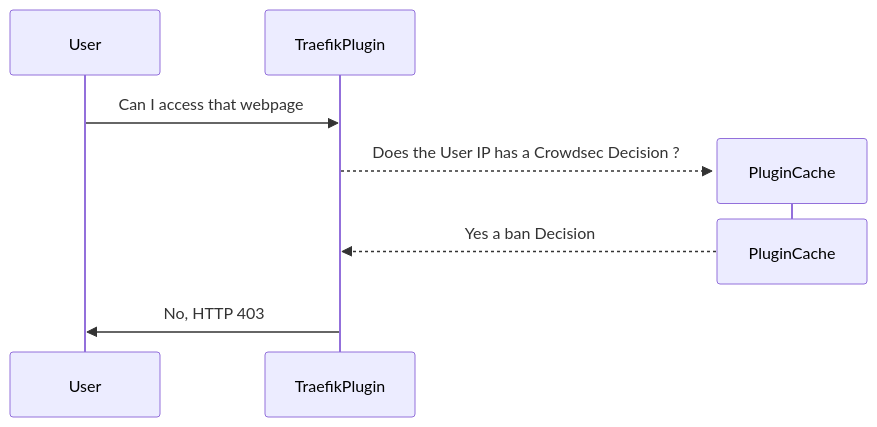
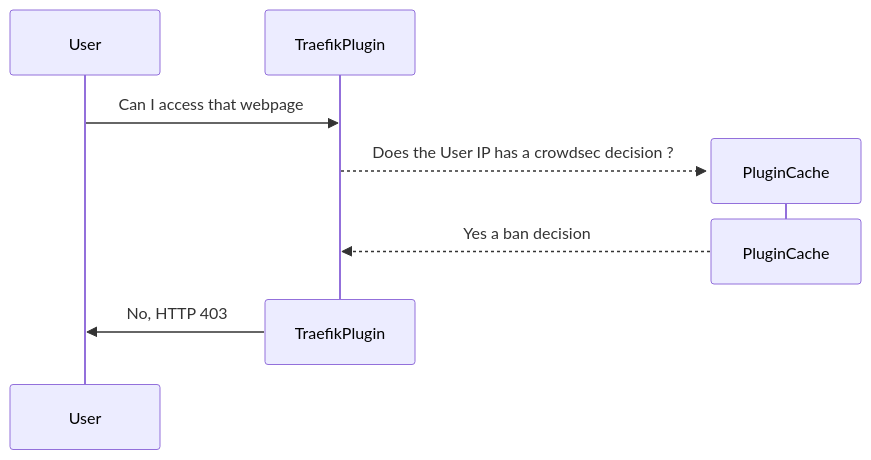
Before and after one commit to maxlerebourg/crowdsec-bouncer-traefik-plugin: the ninth of 13 diagrams in README.md, drawn with Mermaid. The commit also changed other lines of this file, not shown here.

Commit message:
📝 Add diagrams for each mode

````diff
--- a/README.md
+++ b/README.md
@@ -108,11 +204,12 @@
 ```mermaid
 sequenceDiagram
     participant User
     participant TraefikPlugin
     User->>TraefikPlugin: Can I access that webpage
     create participant PluginCache
-    TraefikPlugin-->>PluginCache: Does the User IP has a Crowdsec Decision ?
+    TraefikPlugin-->>PluginCache: Does the User IP has a crowdsec decision ?
     Destroy PluginCache
-    PluginCache-->>TraefikPlugin: Yes a ban Decision
+    PluginCache-->>TraefikPlugin: Yes a ban decision
+    Destroy TraefikPlugin
     TraefikPlugin->>User: No, HTTP 403
 ```
````
